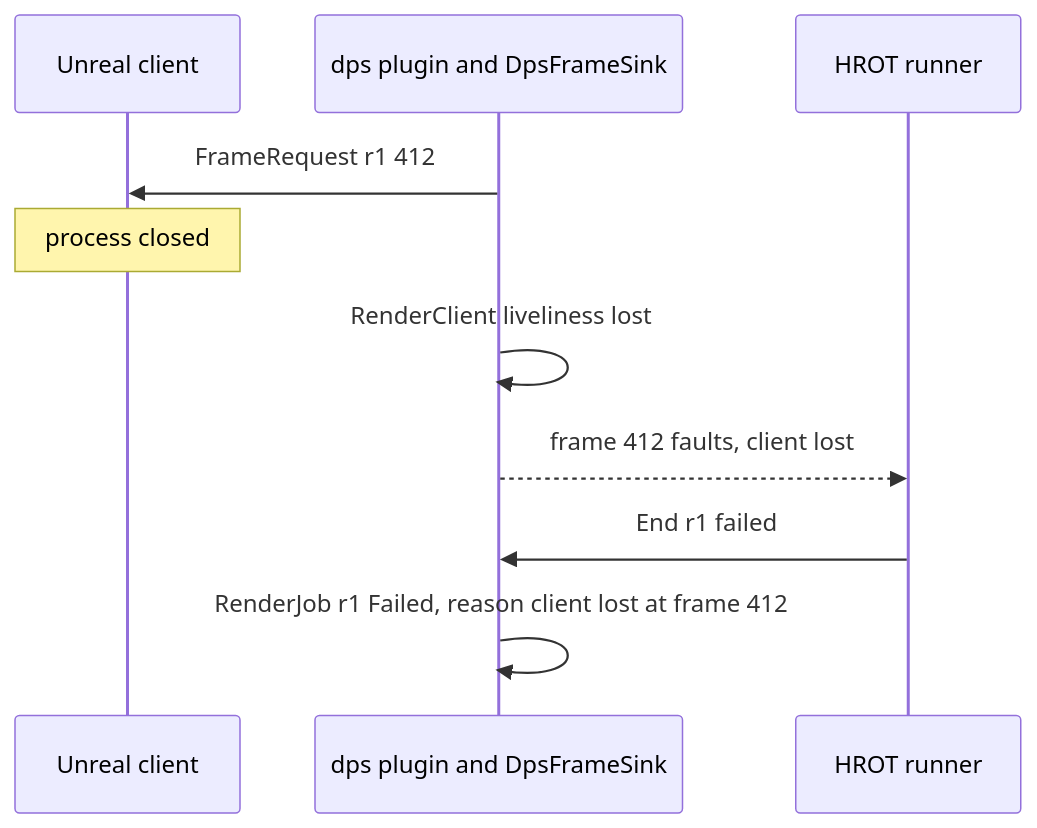
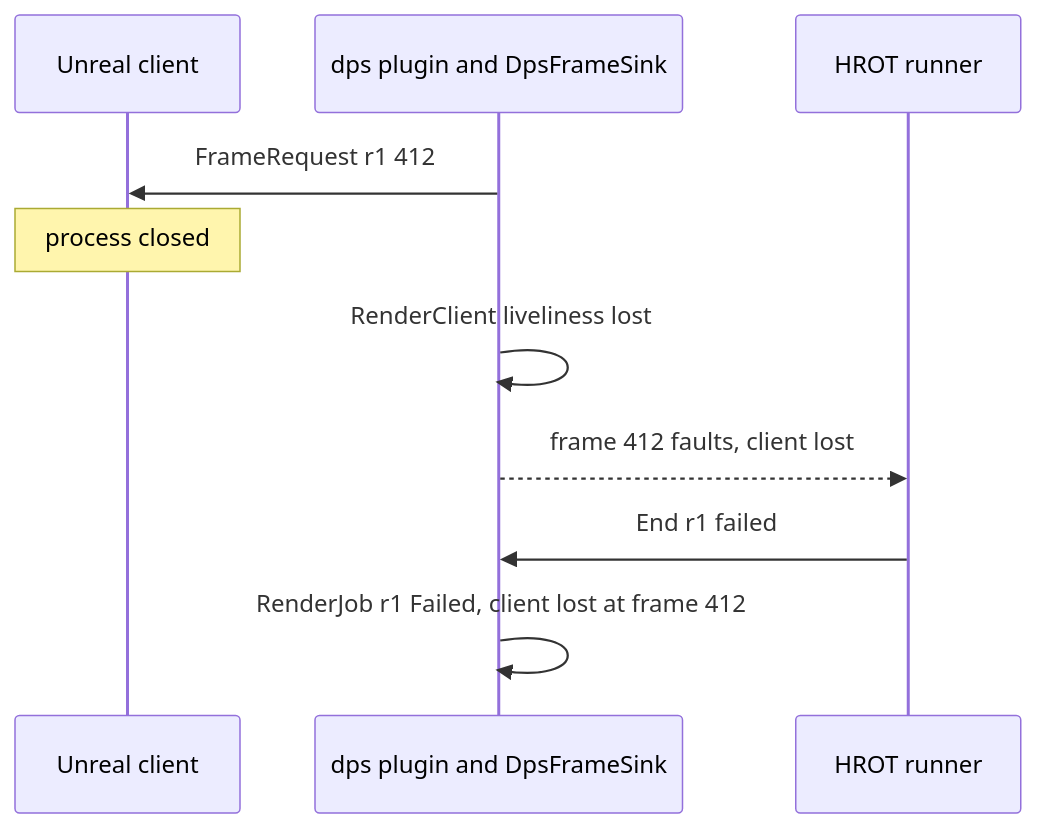
One commit to pjanec/SimNetGateway changed the sixth of 6 diagrams in docs/design/DD-022-Dps-Director-Rendering.md. Above: the diagram before and after it, drawn with Mermaid. The commit also changed other lines of this file and 3 other files, not shown here.

````diff
--- a/docs/design/DD-022-Dps-Director-Rendering.md
+++ b/docs/design/DD-022-Dps-Director-Rendering.md
@@ -384,12 +421,12 @@
 ```mermaid
 sequenceDiagram
     participant U as Unreal client
     participant G as dps plugin and DpsFrameSink
     participant R as HROT runner
     G->>U: FrameRequest r1 412
     Note over U: process closed
     G->>G: RenderClient liveliness lost
     G-->>R: frame 412 faults, client lost
     R->>G: End r1 failed
-    G->>G: RenderJob r1 Failed, reason client lost at frame 412
+    G->>G: RenderJob r1 Failed, client lost at frame 412
 ```
````
